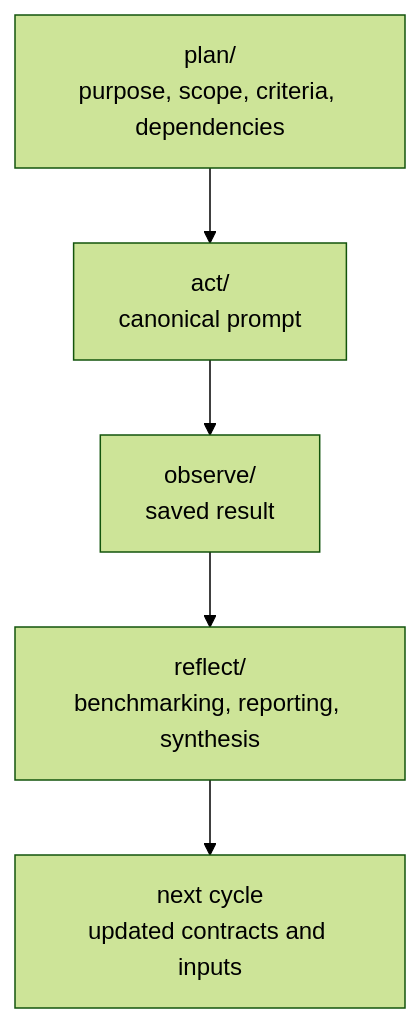
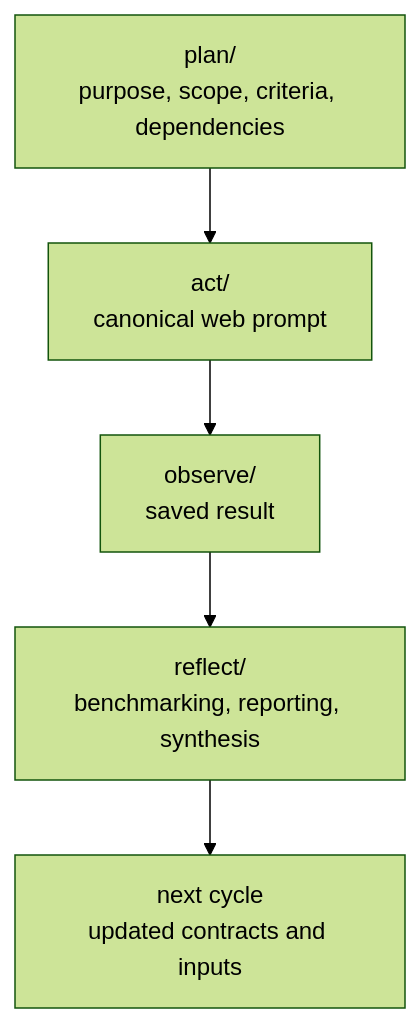
The first of 2 diagrams in README.md (dtcc-platform/udt-platforms-mapping), drawn with Mermaid (forest theme) before and after one commit. The commit also changed other lines of this file and 15 other files, not shown here.

Commit message:
feat: make act prompts web canonical

````diff
--- a/README.md
+++ b/README.md
@@ -131,18 +132,18 @@
 ```mermaid
 flowchart TD
     P["plan/
 purpose, scope, criteria, dependencies"]
     A["act/
-canonical prompt"]
+canonical web prompt"]
     O["observe/
 saved result"]
     R["reflect/
 benchmarking, reporting, synthesis"]
     N["next cycle
 updated contracts and inputs"]
 
     P --> A
     A --> O
     O --> R
     R --> N
 ```
````
